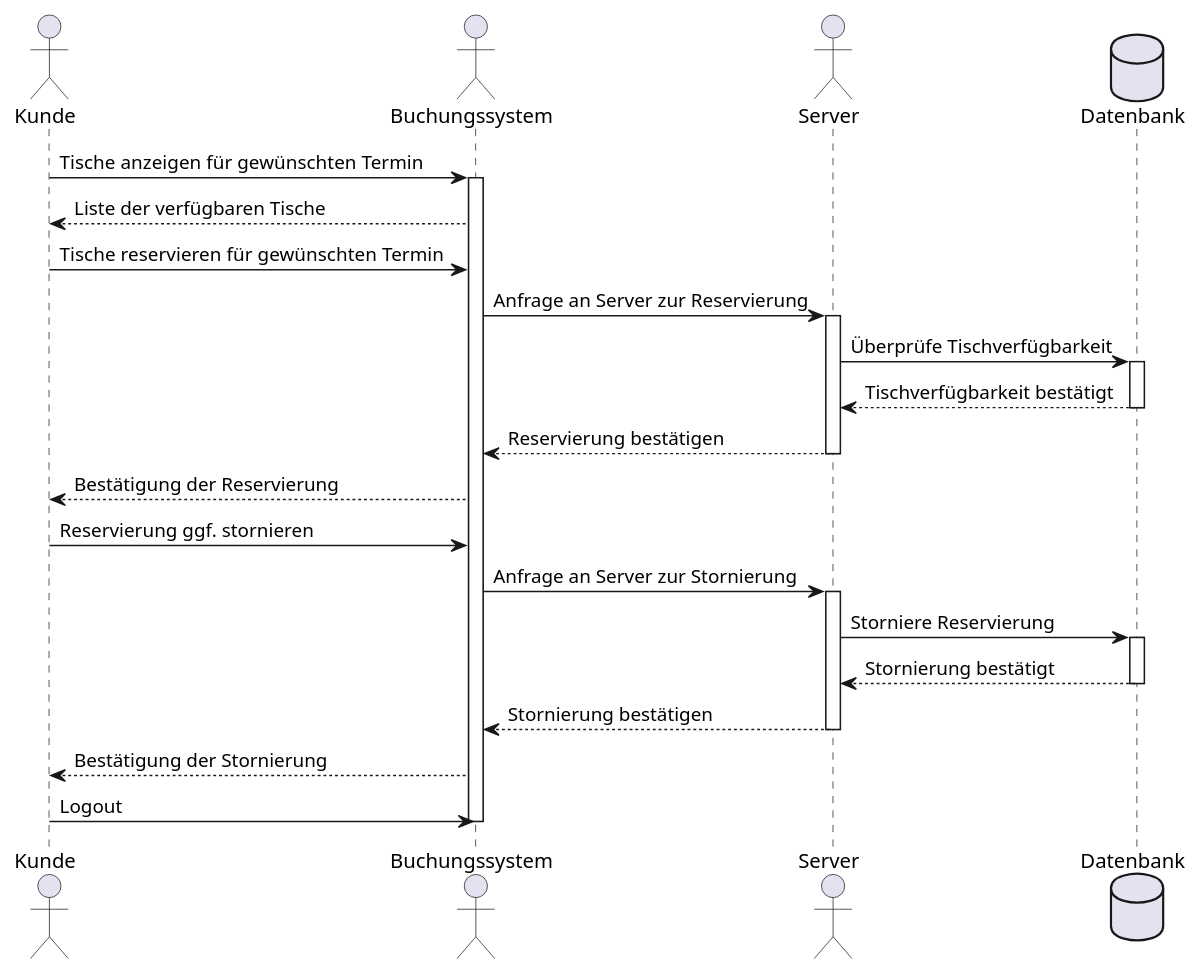
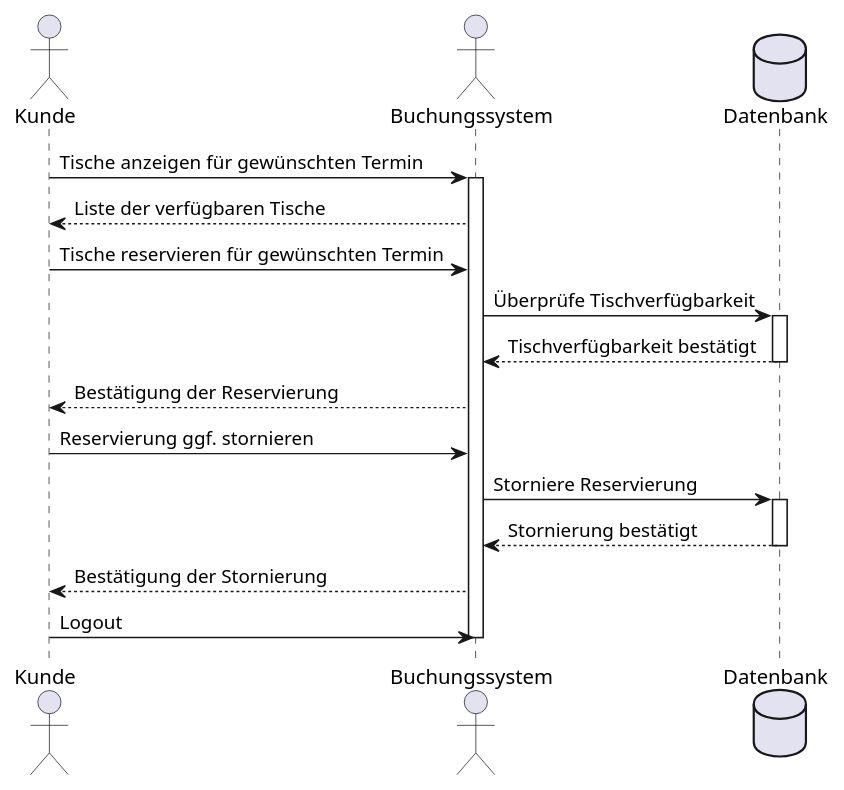
Before and after one commit to FIA-GSO/tischreservierung-teamminecraft2: the diagram in diagramme/sequence.puml, drawn with PlantUML.

Commit message:
remove Server from sequence

```diff
--- a/diagramme/sequence.puml
+++ b/diagramme/sequence.puml
@@ -1,34 +1,25 @@
 @startuml
 actor Kunde
 actor Buchungssystem
-actor Server
 database Datenbank
 
 Kunde -> Buchungssystem: Tische anzeigen für gewünschten Termin
 activate Buchungssystem
 Buchungssystem --> Kunde: Liste der verfügbaren Tische
 Kunde -> Buchungssystem: Tische reservieren für gewünschten Termin
-Buchungssystem -> Server: Anfrage an Server zur Reservierung
-activate Server
-Server -> Datenbank: Überprüfe Tischverfügbarkeit
+Buchungssystem -> Datenbank: Überprüfe Tischverfügbarkeit
 activate Datenbank
-Datenbank --> Server: Tischverfügbarkeit bestätigt
+Datenbank --> Buchungssystem: Tischverfügbarkeit bestätigt
 deactivate Datenbank
-Server --> Buchungssystem: Reservierung bestätigen
-deactivate Server
 Buchungssystem --> Kunde: Bestätigung der Reservierung
 Kunde -> Buchungssystem: Reservierung ggf. stornieren
-Buchungssystem -> Server: Anfrage an Server zur Stornierung
-activate Server
-Server -> Datenbank: Storniere Reservierung
+Buchungssystem -> Datenbank: Storniere Reservierung
 activate Datenbank
-Datenbank --> Server: Stornierung bestätigt
+Datenbank --> Buchungssystem: Stornierung bestätigt
 deactivate Datenbank
-Server --> Buchungssystem: Stornierung bestätigen
-deactivate Server
 Buchungssystem --> Kunde: Bestätigung der Stornierung
 Kunde -> Buchungssystem: Logout
 
 deactivate Buchungssystem
 
 @enduml
```
